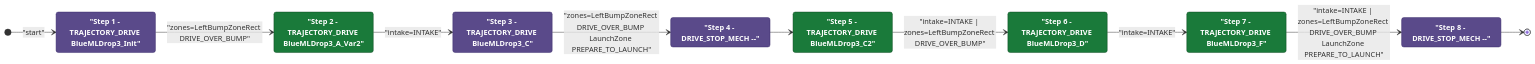
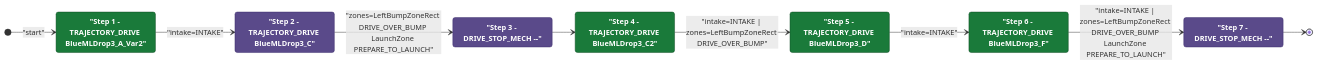
One commit to Team302/2026Rebuilt changed the diagram in documents/auton/RedBDepKeep3NDepNOutScoreNCliInvert.md. Above: the diagram before and after it, drawn with Mermaid. The commit also changed other lines of this file and 131 other files, not shown here.

First line of the commit message:
docs(auton): regenerate Mermaid diagrams [skip ci]

````diff
--- a/documents/auton/RedBDepKeep3NDepNOutScoreNCliInvert.md
+++ b/documents/auton/RedBDepKeep3NDepNOutScoreNCliInvert.md
@@ -8,36 +8,33 @@
 ```mermaid
 stateDiagram-v2
     direction LR
 
     %% Green = intake active, Purple = intake off
     classDef intake  fill:#1a7a3a,color:#ffffff,stroke:#0d4a1f,font-weight:bold
     classDef noIntake fill:#5a4a8a,color:#ffffff,stroke:#3a2a6a,font-weight:bold
 
-    Step1 : "Step 1 - TRAJECTORY_DRIVE BlueMLDrop3_Init"
-    Step2 : "Step 2 - TRAJECTORY_DRIVE BlueMLDrop3_A_Var2"
-    Step3 : "Step 3 - TRAJECTORY_DRIVE BlueMLDrop3_C"
-    Step4 : "Step 4 - DRIVE_STOP_MECH --"
-    Step5 : "Step 5 - TRAJECTORY_DRIVE BlueMLDrop3_C2"
-    Step6 : "Step 6 - TRAJECTORY_DRIVE BlueMLDrop3_D"
-    Step7 : "Step 7 - TRAJECTORY_DRIVE BlueMLDrop3_F"
-    Step8 : "Step 8 - DRIVE_STOP_MECH --"
+    Step1 : "Step 1 - TRAJECTORY_DRIVE BlueMLDrop3_A_Var2"
+    Step2 : "Step 2 - TRAJECTORY_DRIVE BlueMLDrop3_C"
+    Step3 : "Step 3 - DRIVE_STOP_MECH --"
+    Step4 : "Step 4 - TRAJECTORY_DRIVE BlueMLDrop3_C2"
+    Step5 : "Step 5 - TRAJECTORY_DRIVE BlueMLDrop3_D"
+    Step6 : "Step 6 - TRAJECTORY_DRIVE BlueMLDrop3_F"
+    Step7 : "Step 7 - DRIVE_STOP_MECH --"
 
-    class Step1 noIntake
-    class Step2 intake
+    class Step1 intake
+    class Step2 noIntake
     class Step3 noIntake
-    class Step4 noIntake
+    class Step4 intake
     class Step5 intake
     class Step6 intake
-    class Step7 intake
-    class Step8 noIntake
+    class Step7 noIntake
 
     [*] --> Step1 : "start"
-    Step1 --> Step2: "zones=LeftBumpZoneRect DRIVE_OVER_BUMP"
-    Step2 --> Step3: "intake=INTAKE"
-    Step3 --> Step4: "zones=LeftBumpZoneRect DRIVE_OVER_BUMP LaunchZone PREPARE_TO_LAUNCH"
-    Step4 --> Step5
-    Step5 --> Step6: "intake=INTAKE | zones=LeftBumpZoneRect DRIVE_OVER_BUMP"
-    Step6 --> Step7: "intake=INTAKE"
-    Step7 --> Step8: "intake=INTAKE | zones=LeftBumpZoneRect DRIVE_OVER_BUMP LaunchZone PREPARE_TO_LAUNCH"
-    Step8 --> [*]
+    Step1 --> Step2: "intake=INTAKE"
+    Step2 --> Step3: "zones=LeftBumpZoneRect DRIVE_OVER_BUMP LaunchZone PREPARE_TO_LAUNCH"
+    Step3 --> Step4
+    Step4 --> Step5: "intake=INTAKE | zones=LeftBumpZoneRect DRIVE_OVER_BUMP"
+    Step5 --> Step6: "intake=INTAKE"
+    Step6 --> Step7: "intake=INTAKE | zones=LeftBumpZoneRect DRIVE_OVER_BUMP LaunchZone PREPARE_TO_LAUNCH"
+    Step7 --> [*]
 ```
````
